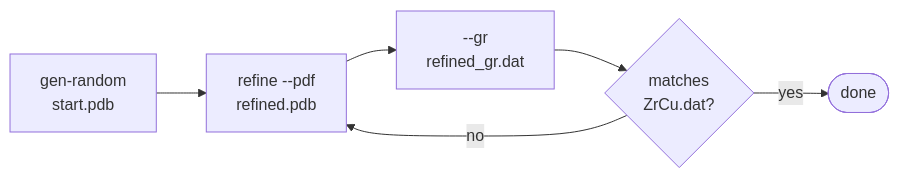
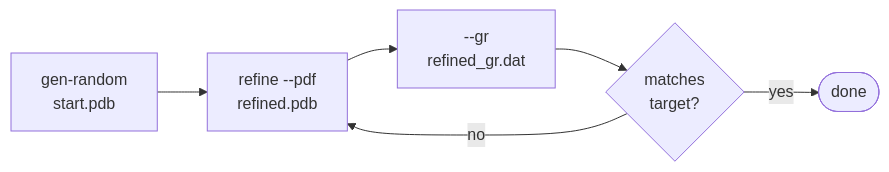
The second of 2 diagrams in WORKFLOW.md (reach2sayan/ReverseMonteCarlo), drawn with Mermaid before and after one commit. The commit also changed other lines of this file and 35 other files, not shown here.

````diff
--- a/WORKFLOW.md
+++ b/WORKFLOW.md
@@ -160,8 +160,8 @@
 ```mermaid
 flowchart LR
     A[gen-random<br/>start.pdb] --> B[refine --pdf<br/>refined.pdb]
     B --> C[--gr<br/>refined_gr.dat]
-    C --> D{matches<br/>ZrCu.dat?}
+    C --> D{matches<br/>target?}
     D -->|no| B
     D -->|yes| E([done])
 ```
````
